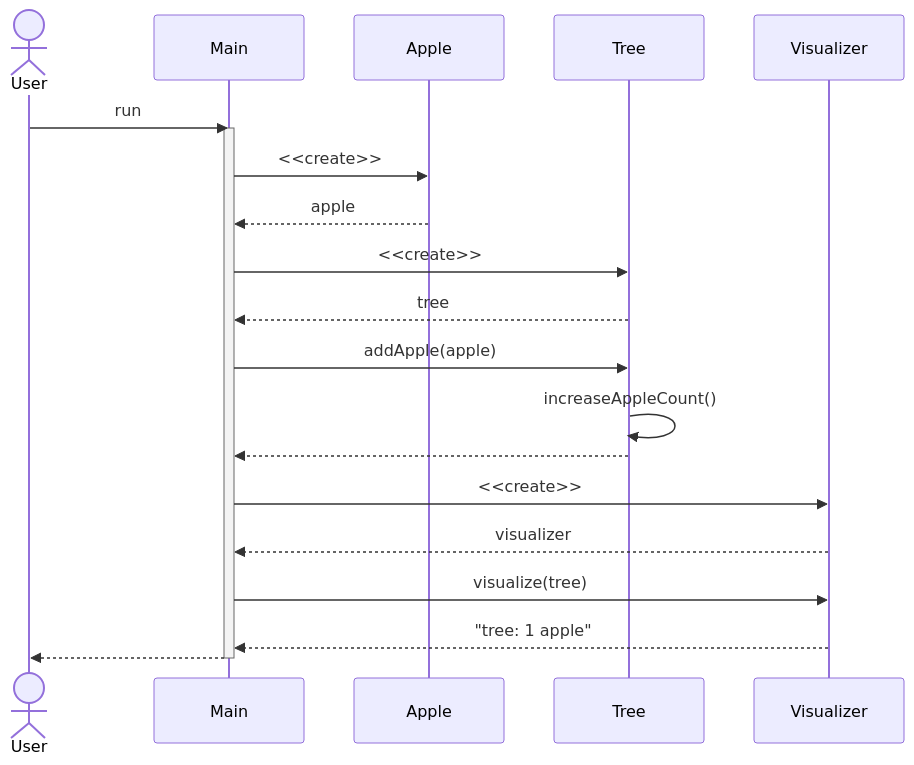
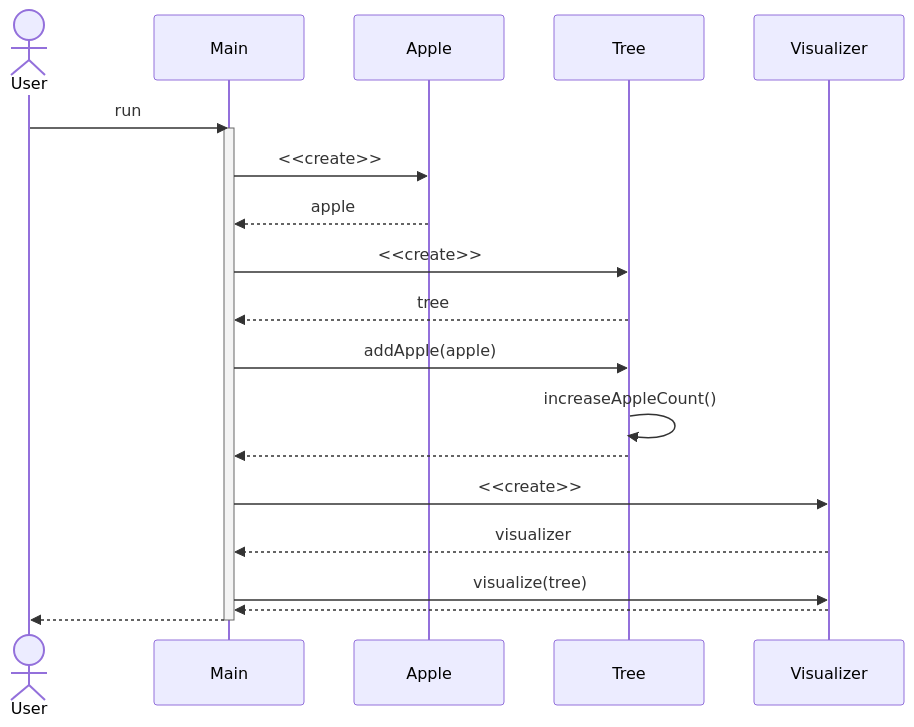
Before and after one commit to stefanlaux/M320_StefanLaux: the diagram in K06/Diagramm2.mmd, drawn with Mermaid. The commit also changed 20 other files, not shown here.

```diff
--- a/K06/Diagramm2.mmd
+++ b/K06/Diagramm2.mmd
@@ -1,23 +1,23 @@
 sequenceDiagram
 
     actor User
     User ->> Main : run
     activate Main
     participant Apple
     Main ->> Apple : <<create>>
     Apple -->> Main : apple
     participant Tree
     Main ->> Tree : <<create>>
     Tree -->> Main : tree
     Main ->> Tree: addApple(apple)
     Tree ->> Tree: increaseAppleCount()
     Tree -->> Main : 
     participant Visualizer
     Main ->> Visualizer : <<create>>
     Visualizer -->> Main : visualizer
     Main ->> Visualizer : visualize(tree)
-    Visualizer -->> Main : "tree: 1 apple"
+    Visualizer -->> Main : 
     Main -->> User : 
 
    
     deactivate Main
```
